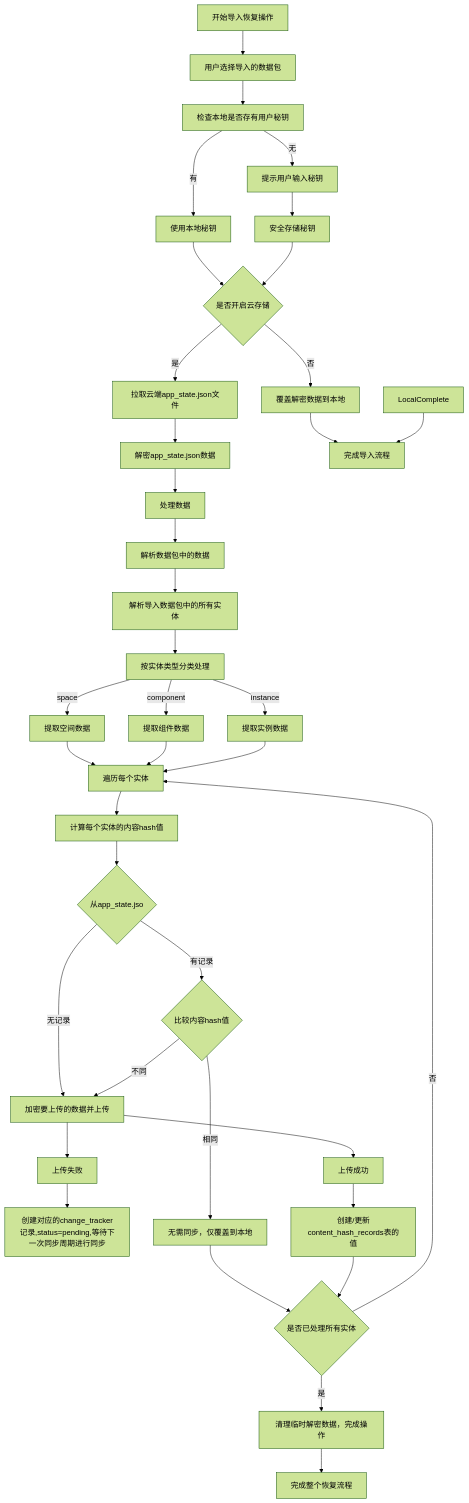
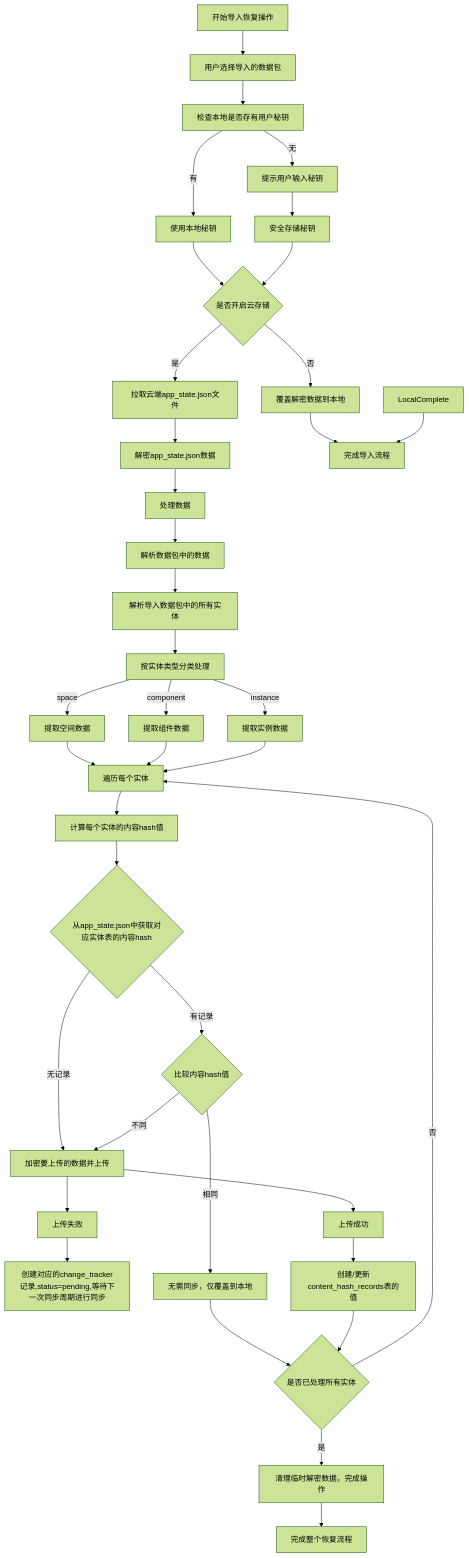
One commit to yingjianzh/iodraw-files changed the diagram in all/未命名-47.md. Above: the diagram before and after it, drawn with Mermaid (forest theme).

Commit message:
2025-04-29 15:01:53 update

````diff
--- a/all/未命名-47.md
+++ b/all/未命名-47.md
@@ -1,56 +1,56 @@
 ```mermaid
 flowchart TD
     A[开始导入恢复操作] --> B[用户选择导入的数据包]
     B --> B1[检查本地是否存有用户秘钥]
     
     B1 -->|有| B3[使用本地秘钥]
     B1 -->|无| B4[提示用户输入秘钥]
 
     B4 --> B8[安全存储秘钥]
     B3 --> Check{是否开启云存储}
 
     B8 --> Check
     Check --> |否| LocalOnly[覆盖解密数据到本地]
     
     Check --> |是| Download[拉取云端app_state.json文件]
     Download --> AppState[解密app_state.json数据]
 
     LocalOnly --> Complete[完成导入流程]
     AppState --> Process[处理数据]
 
     Process --> C[解析数据包中的数据]
     
     C --> D[解析导入数据包中的所有实体]
     D --> G[按实体类型分类处理]
     
     G -->|space| H1[提取空间数据]
     G -->|component| H2[提取组件数据]
     G -->|instance| H3[提取实例数据]
     
     H1 --> I[遍历每个实体]
     H2 --> I
     H3 --> I
     
     I --> CalcHash[计算每个实体的内容hash值]
-    CalcHash --> L{从app_state.jso}
+    CalcHash --> L{从app_state.json中获取对应实体表的内容hash}
     
     L -->|无记录| M1[加密要上传的数据并上传]
     M1 --> N1[上传成功]
     M1 --> N2[上传失败]
     
     N2 --> N3[创建对应的change_tracker记录,status=pending,等待下一次同步周期进行同步]
     N1 --> M4[创建/更新content_hash_records表的值]
     LocalComplete --> Complete
 
     L -->|有记录| M2{比较内容hash值}
     M2 -->|相同| M3[无需同步，仅覆盖到本地]
     M2 -->|不同| M1
     
     M3 --> S{是否已处理所有实体}
     M4 --> S
 
     S -->|否| I
     S -->|是| U[清理临时解密数据，完成操作]
 
     U --> V[完成整个恢复流程]
 ```
````
